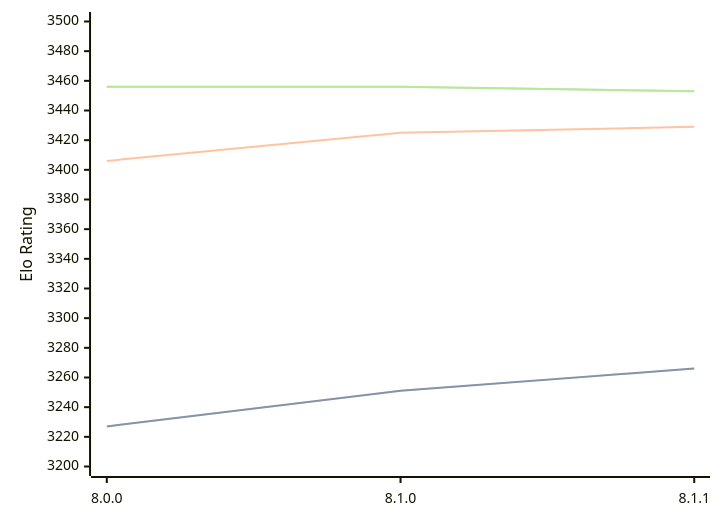
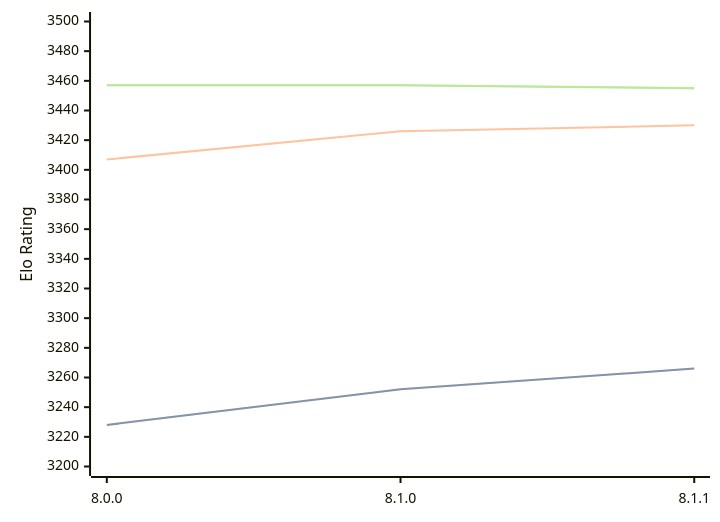
The first of 3 diagrams in engines/Velvet.md (computer-chess-index/cci), drawn with Mermaid before and after one commit. The commit also changed other lines of this file, not shown here.

Commit message:
Update CCI Ratings (ELO VLTC) - 2026-06-23

````diff
--- a/engines/Velvet.md
+++ b/engines/Velvet.md
@@ -57,11 +57,11 @@
 ```mermaid
 %%{init: {"theme":"base","themeVariables":{"seriesColors:['#a3a3a3','#222221','#faa371']}}}%%
 xychart-beta
   x-axis ["8.0.0", "8.1.0", "8.1.1"]
   y-axis "Elo Rating" 3200 --> 3500
-  line "STC (8.0+0.08s)" [3227, 3251, 3266]
-  line "STC (8.0+0.08s)" [3227, 3251, 3266]
-  line "LTC (60.0+0.60s)" [3406, 3425, 3429]
-  line "VLTC (2m24s+1.12s)" [3456, 3456, 3453]
-  line "VLTC (2m24s+1.12s)" [3456, 3456, 3453]
+  line "STC (8.0+0.08s)" [3228, 3252, 3266]
+  line "STC (8.0+0.08s)" [3228, 3252, 3266]
+  line "LTC (60.0+0.60s)" [3407, 3426, 3430]
+  line "VLTC (2m24s+1.12s)" [3457, 3457, 3455]
+  line "VLTC (2m24s+1.12s)" [3457, 3457, 3455]
 ```
````
